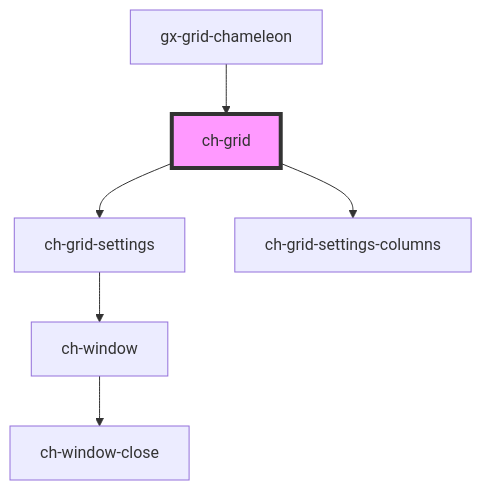
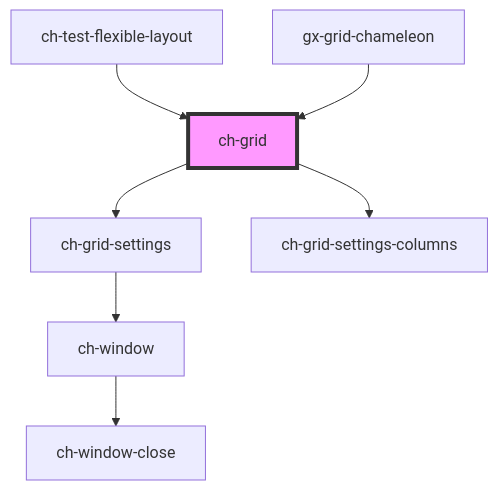
The diagram in src/components/grid/readme.md (genexuslabs/chameleon-controls-library), drawn with Mermaid before and after one commit. The commit also changed other lines of this file and 7 other files, not shown here.

````diff
--- a/src/components/grid/readme.md
+++ b/src/components/grid/readme.md
@@ -304,9 +305,10 @@
 ```mermaid
 graph TD;
   ch-grid --> ch-grid-settings
   ch-grid --> ch-grid-settings-columns
   ch-grid-settings --> ch-window
   ch-window --> ch-window-close
+  ch-test-flexible-layout --> ch-grid
   gx-grid-chameleon --> ch-grid
   style ch-grid fill:#f9f,stroke:#333,stroke-width:4px
 ```
````
